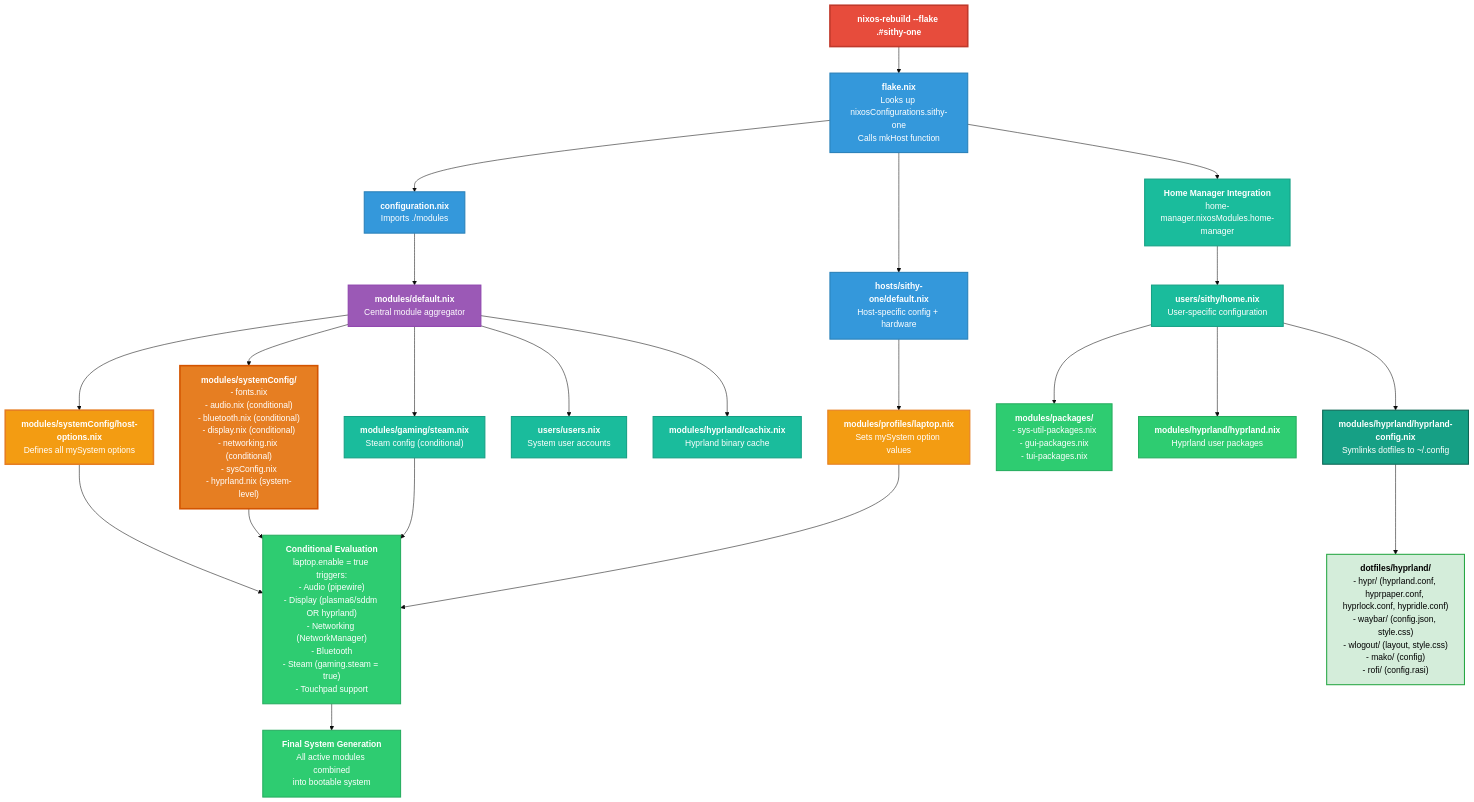
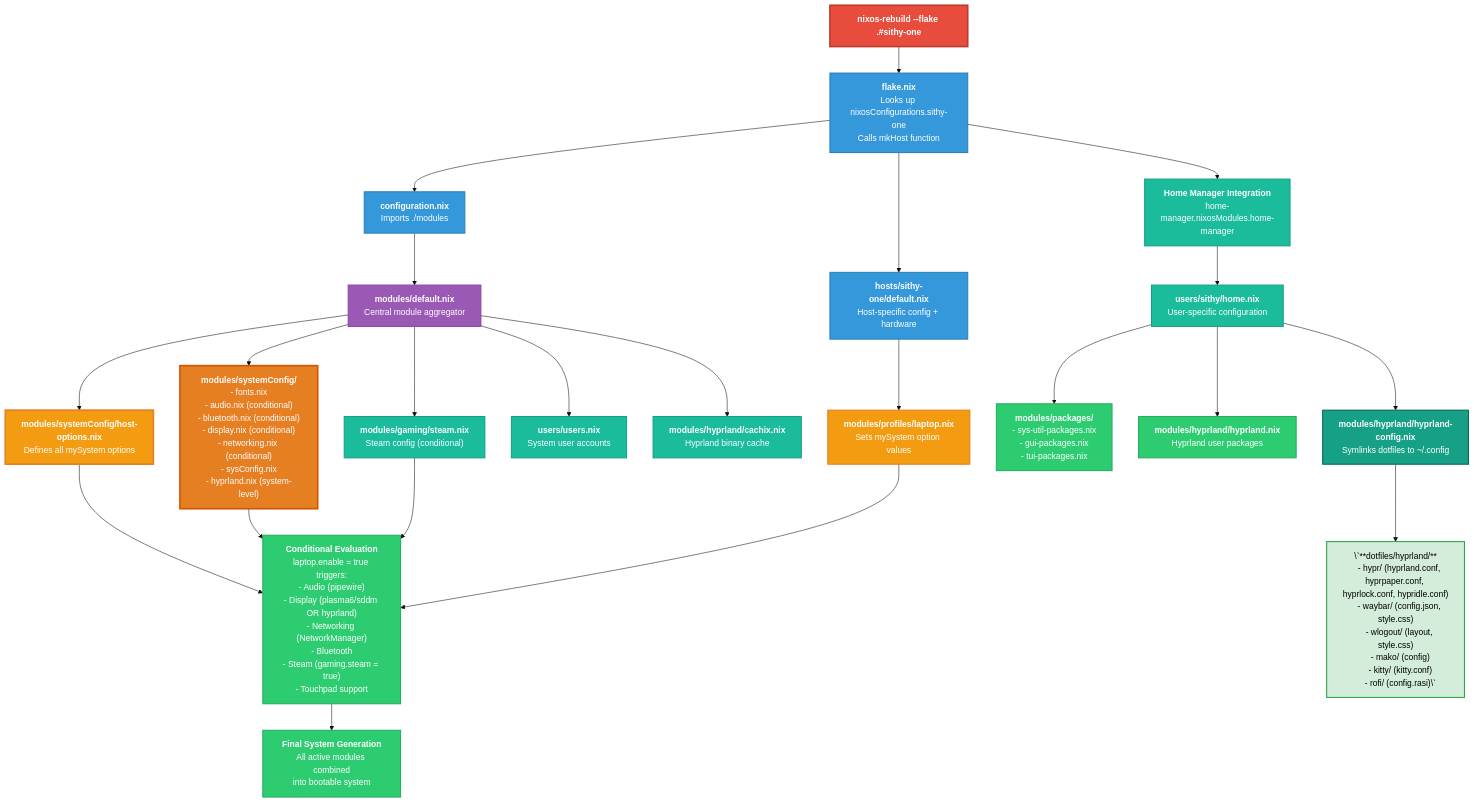
Before and after one commit to sithypenguin/nix-config: the diagram in README.md, drawn with Mermaid (base theme). The commit also changed other lines of this file and 2 other files, not shown here.

```diff
--- a/README.md
+++ b/README.md
@@ -91,12 +91,13 @@
     L --> N2["`**modules/hyprland/hyprland-config.nix**
     Symlinks dotfiles to ~/.config`"]
     
-    N2 --> N3["`**dotfiles/hyprland/**
+    N2 --> N3["\`**dotfiles/hyprland/**
     - hypr/ (hyprland.conf, hyprpaper.conf, hyprlock.conf, hypridle.conf)
     - waybar/ (config.json, style.css)
     - wlogout/ (layout, style.css)
     - mako/ (config)
-    - rofi/ (config.rasi)`"]
+    - kitty/ (kitty.conf)
+    - rofi/ (config.rasi)\`"]
     
     F --> N["`**Conditional Evaluation**
     laptop.enable = true triggers:
```
